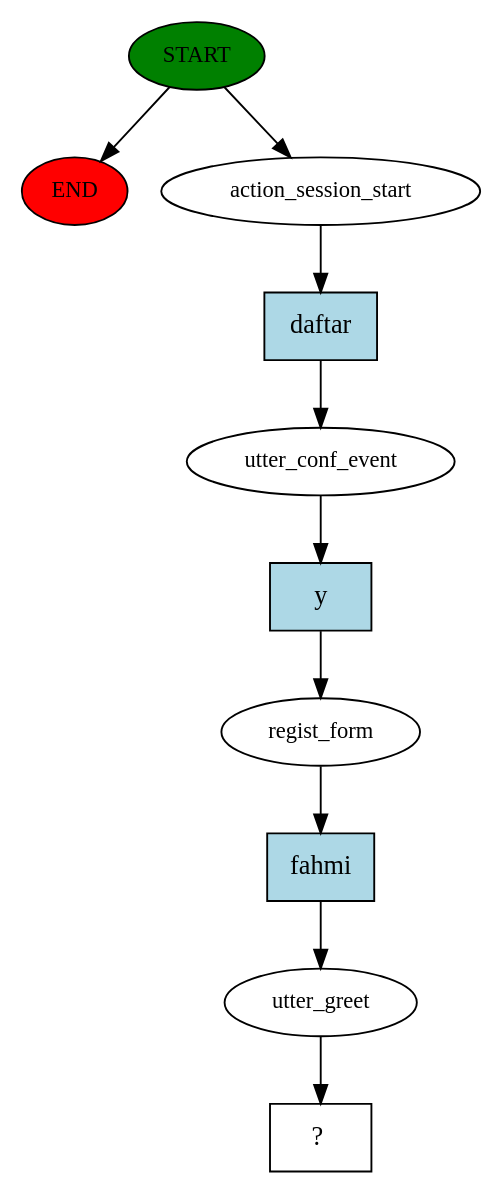
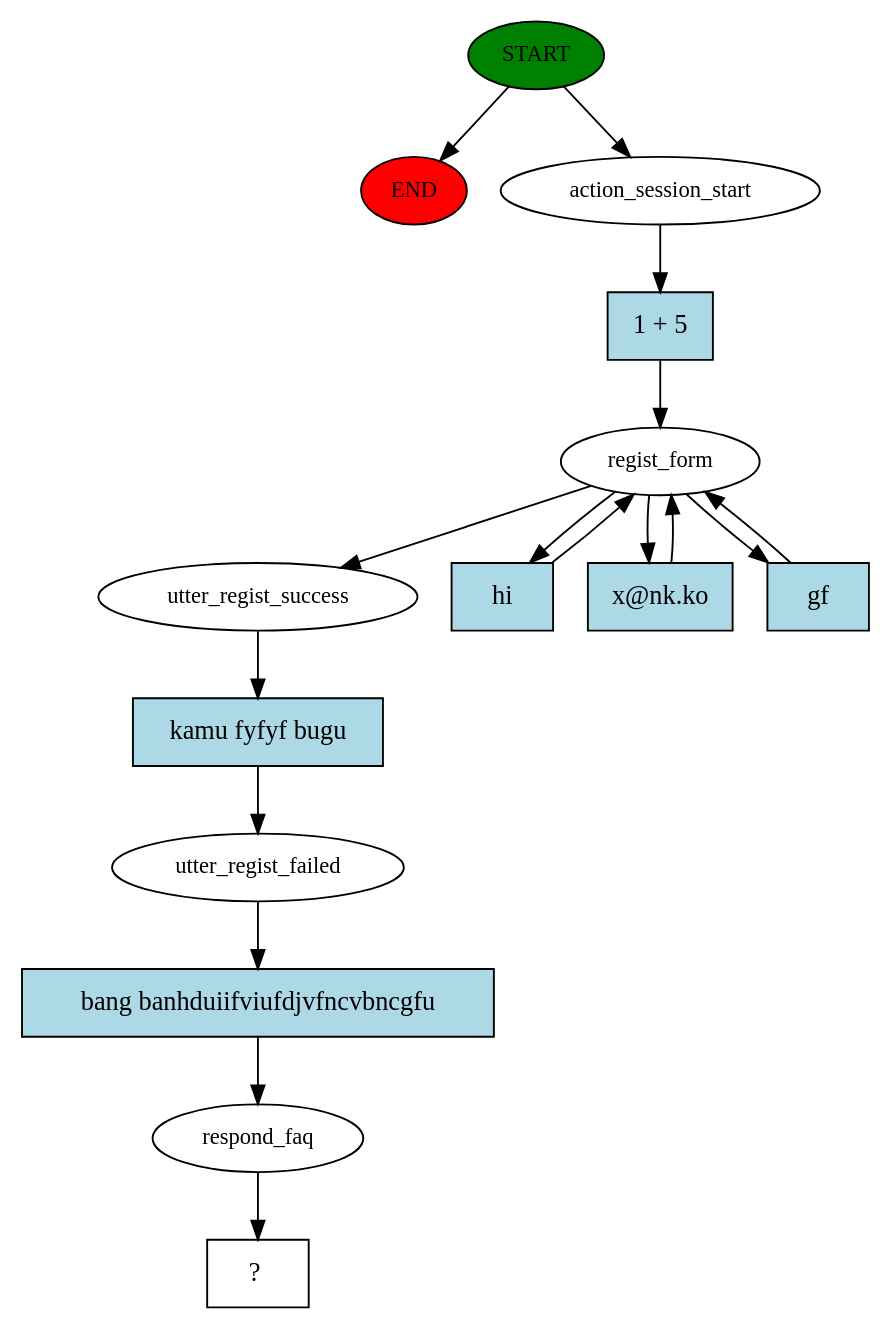
The diagram in story_graph.dot (milooprojectid/rasa-chatbot), drawn with Graphviz before and after one commit. The commit also changed 4 other files, not shown here.

```diff
--- a/story_graph.dot
+++ b/story_graph.dot
@@ -1,21 +1,32 @@
 digraph  {
 0 [class="start active", fillcolor=green, fontsize=12, label=START, style=filled];
 "-1" [class=end, fillcolor=red, fontsize=12, label=END, style=filled];
 1 [class=active, fontsize=12, label=action_session_start];
-2 [class=active, fontsize=12, label=utter_conf_event];
-3 [class=active, fontsize=12, label=regist_form];
-4 [class=active, fontsize=12, label=utter_greet];
-5 [class="intent dashed active", label="  ?  ", shape=rect];
-6 [class="intent active", fillcolor=lightblue, label=daftar, shape=rect, style=filled];
-7 [class="intent active", fillcolor=lightblue, label=y, shape=rect, style=filled];
-8 [class="intent active", fillcolor=lightblue, label=fahmi, shape=rect, style=filled];
+2 [class=active, fontsize=12, label=regist_form];
+8 [class=active, fontsize=12, label=utter_regist_success];
+9 [class=active, fontsize=12, label=utter_regist_failed];
+10 [class=active, fontsize=12, label=respond_faq];
+11 [class="intent dashed active", label="  ?  ", shape=rect];
+12 [class="intent active", fillcolor=lightblue, label="1 + 5", shape=rect, style=filled];
+13 [class="intent active", fillcolor=lightblue, label=hi, shape=rect, style=filled];
+14 [class="intent active", fillcolor=lightblue, label="x@nk.ko", shape=rect, style=filled];
+15 [class="intent active", fillcolor=lightblue, label=gf, shape=rect, style=filled];
+16 [class="intent active", fillcolor=lightblue, label="kamu fyfyf bugu", shape=rect, style=filled];
+17 [class="intent active", fillcolor=lightblue, label="bang banhduiifviufdjvfncvbncgfu", shape=rect, style=filled];
 0 -> "-1"  [class="", key=NONE, label=""];
 0 -> 1  [class=active, key=NONE, label=""];
-1 -> 6  [class=active, key=0];
-2 -> 7  [class=active, key=0];
-3 -> 8  [class=active, key=0];
-4 -> 5  [class=active, key=NONE, label=""];
-6 -> 2  [class=active, key=0];
-7 -> 3  [class=active, key=0];
-8 -> 4  [class=active, key=0];
+1 -> 12  [class=active, key=0];
+2 -> 8  [class=active, key=NONE, label=""];
+2 -> 13  [class=active, key=0];
+2 -> 14  [class=active, key=0];
+2 -> 15  [class=active, key=0];
+8 -> 16  [class=active, key=0];
+9 -> 17  [class=active, key=0];
+10 -> 11  [class=active, key=NONE, label=""];
+12 -> 2  [class=active, key=0];
+13 -> 2  [class=active, key=0];
+14 -> 2  [class=active, key=0];
+15 -> 2  [class=active, key=0];
+16 -> 9  [class=active, key=0];
+17 -> 10  [class=active, key=0];
 }
```
